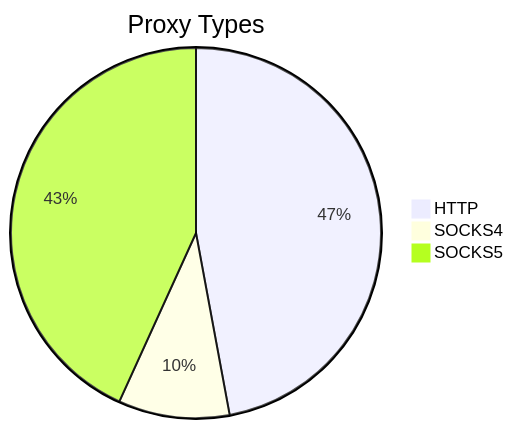
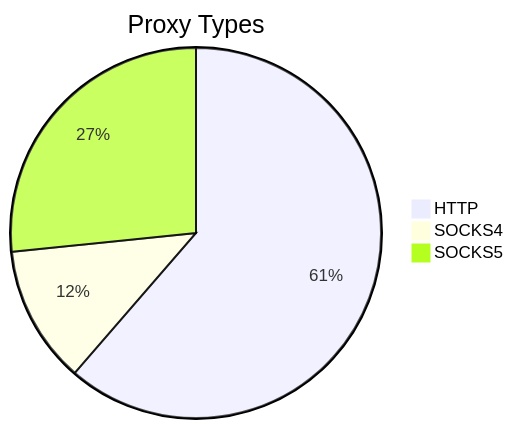
Before and after one commit to stormsia/proxy-list: the first of 2 diagrams in README.md, drawn with Mermaid. The commit also changed other lines of this file, not shown here.

````diff
--- a/README.md
+++ b/README.md
@@ -21,6 +21,6 @@
 ```mermaid
 pie title Proxy Types
-    "HTTP" : 97
-    "SOCKS4" : 20
-    "SOCKS5" : 89
+    "HTTP" : 189
+    "SOCKS4" : 37
+    "SOCKS5" : 82
 ```
````
